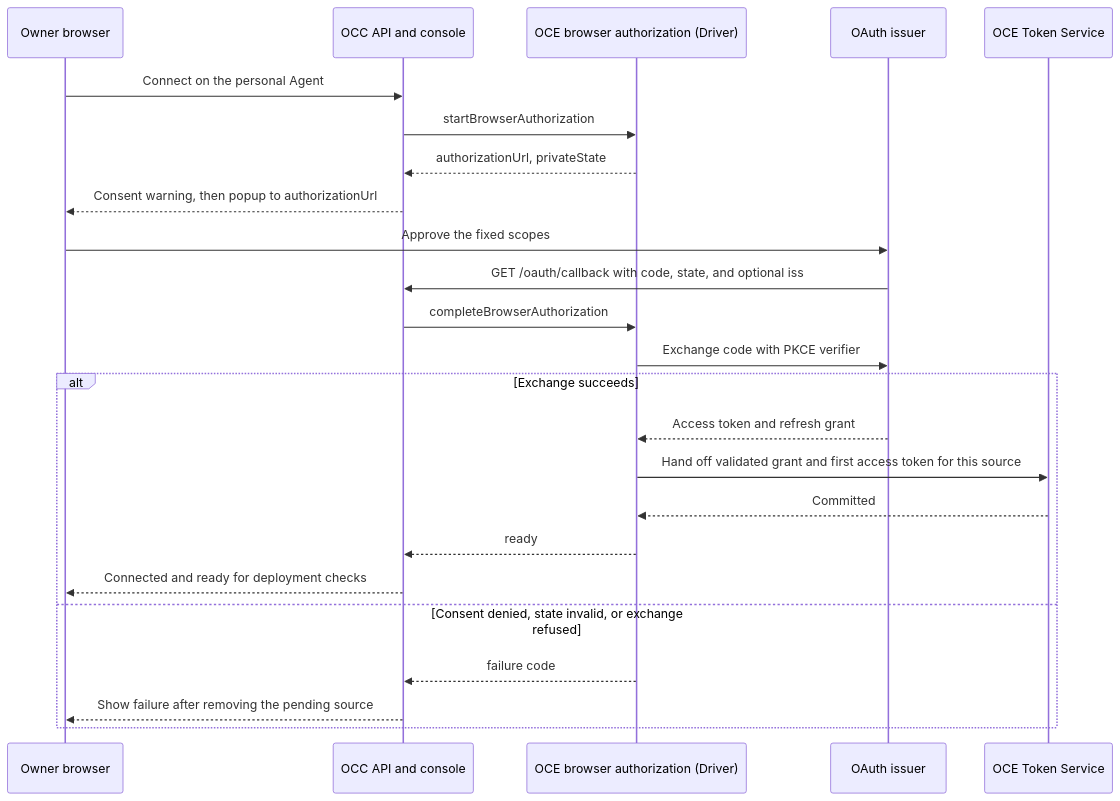
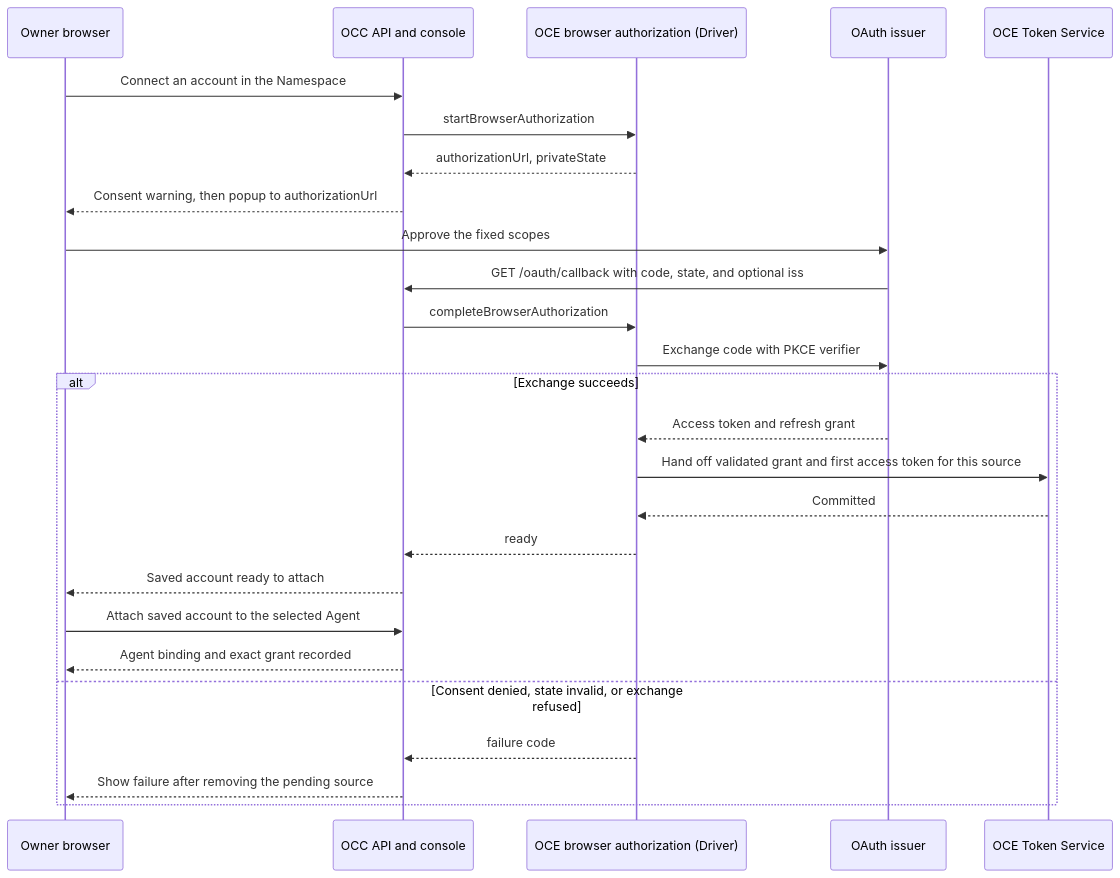
The diagram in specs/rfcs/0027-agent-oauth-connections/index.md (openclaw/openclaw-enterprise), drawn with Mermaid before and after one commit. The commit also changed other lines of this file and 2 other files, not shown here.

Commit message:
Separate OAuth consent from each Agent's credential grant

````diff
--- a/specs/rfcs/0027-agent-oauth-connections/index.md
+++ b/specs/rfcs/0027-agent-oauth-connections/index.md
@@ -219,26 +220,28 @@
 ```mermaid
 sequenceDiagram
   participant User as Owner browser
   participant API as OCC API and console
   participant OAuth as OCE browser authorization (Driver)
   participant Issuer as OAuth issuer
   participant Tokens as OCE Token Service
-  User->>API: Connect on the personal Agent
+  User->>API: Connect an account in the Namespace
   API->>OAuth: startBrowserAuthorization
   OAuth-->>API: authorizationUrl, privateState
   API-->>User: Consent warning, then popup to authorizationUrl
   User->>Issuer: Approve the fixed scopes
   Issuer->>API: GET /oauth/callback with code, state, and optional iss
   API->>OAuth: completeBrowserAuthorization
   OAuth->>Issuer: Exchange code with PKCE verifier
   alt Exchange succeeds
     Issuer-->>OAuth: Access token and refresh grant
     OAuth->>Tokens: Hand off validated grant and first access token for this source
     Tokens-->>OAuth: Committed
     OAuth-->>API: ready
-    API-->>User: Connected and ready for deployment checks
+    API-->>User: Saved account ready to attach
+    User->>API: Attach saved account to the selected Agent
+    API-->>User: Agent binding and exact grant recorded
   else Consent denied, state invalid, or exchange refused
     OAuth-->>API: failure code
     API-->>User: Show failure after removing the pending source
   end
 ```
````
